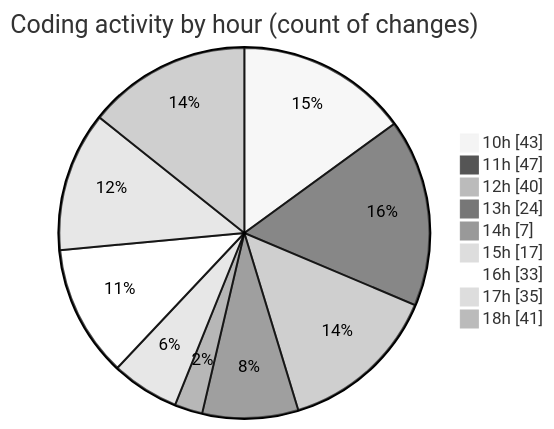
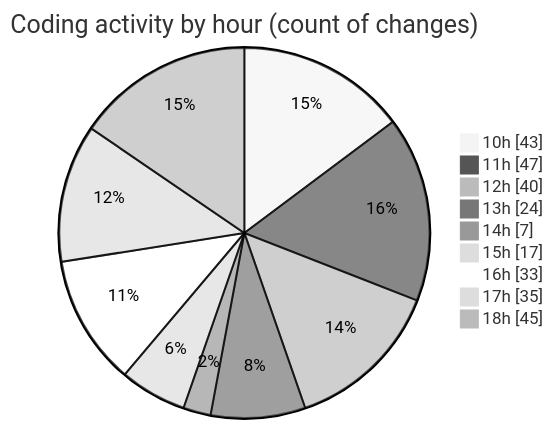
The second of 2 diagrams in 2025-02-10/cda/README.md (momahboobian/code-tracking), drawn with Mermaid (neutral theme) before and after one commit. The commit also changed other lines of this file and 1 other file, not shown here.

````diff
--- a/2025-02-10/cda/README.md
+++ b/2025-02-10/cda/README.md
@@ -35,13 +35,13 @@
 ```mermaid
 pie showData
 title Coding activity by hour (count of changes)
 "10h" : 43
 "11h" : 47
 "12h" : 40
 "13h" : 24
 "14h" : 7
 "15h" : 17
 "16h" : 33
 "17h" : 35
-"18h" : 41
+"18h" : 45
 ```
````
